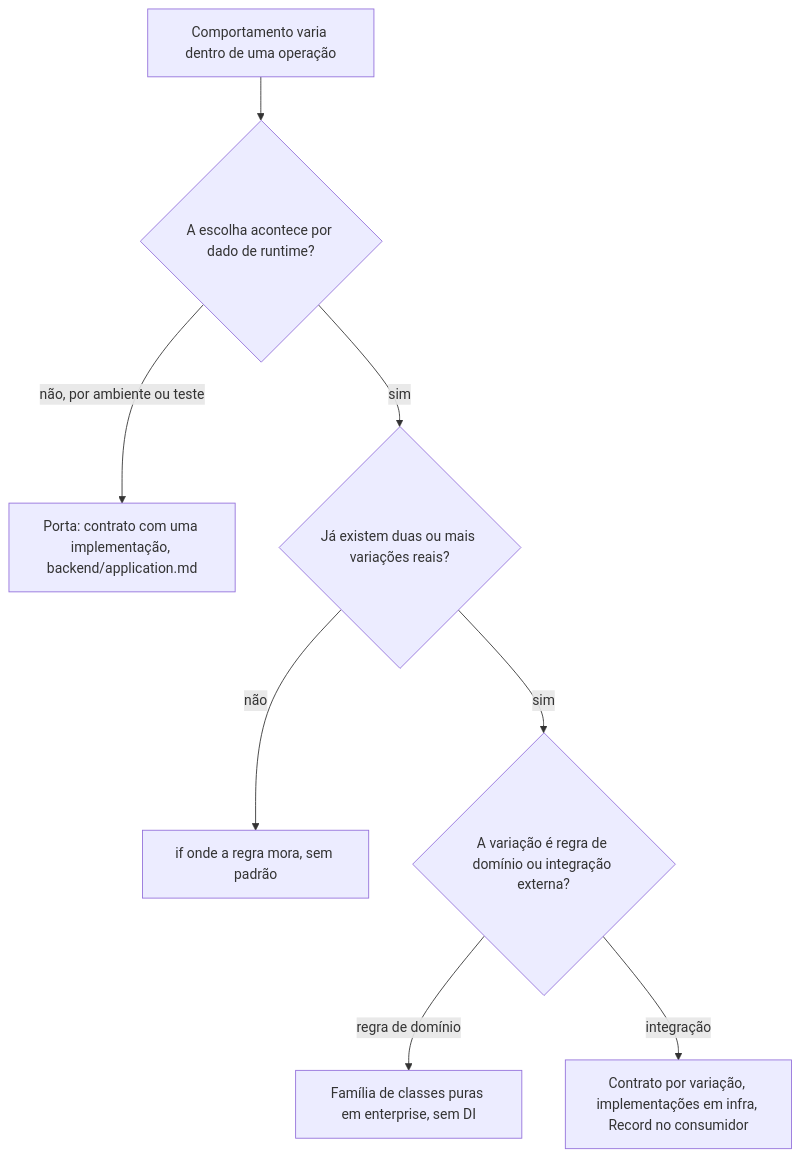
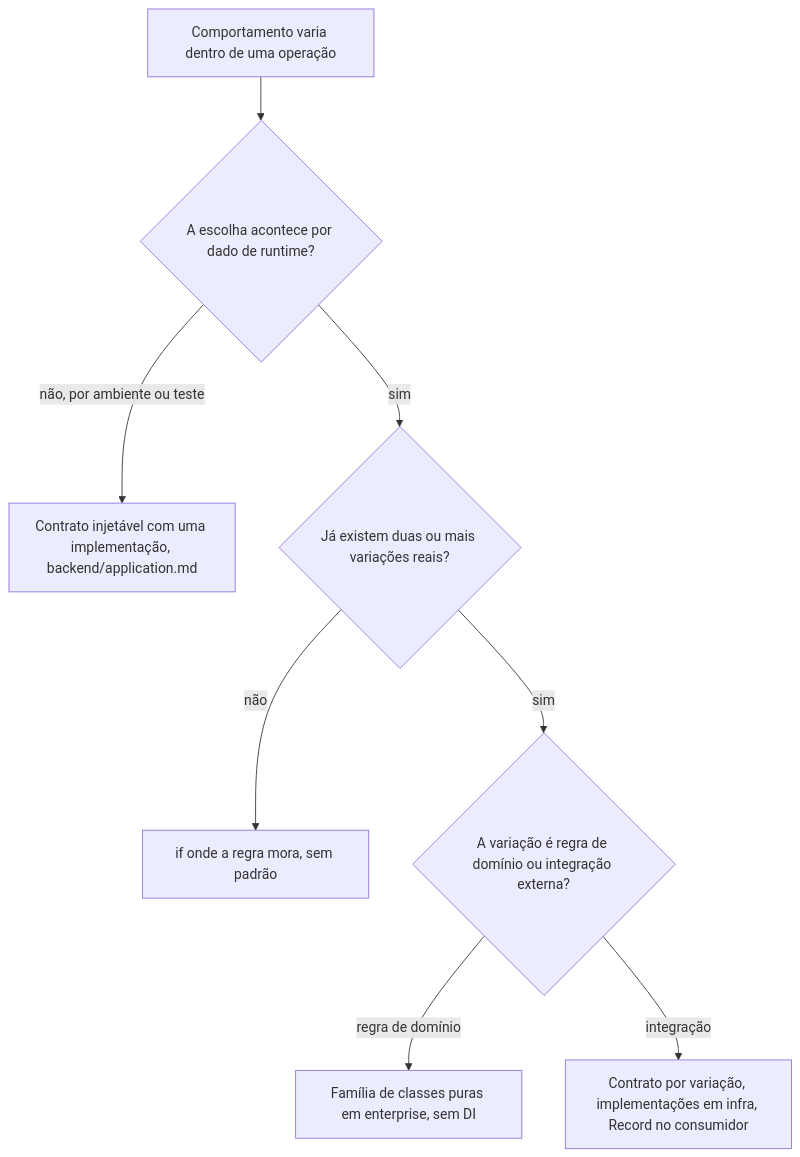
Before and after one commit to otonydesideri/metri: the diagram in architecture/domain/strategy.md, drawn with Mermaid. The commit also changed other lines of this file and 27 other files, not shown here.

````diff
--- a/architecture/domain/strategy.md
+++ b/architecture/domain/strategy.md
@@ -33,10 +33,10 @@
 ```mermaid
 flowchart TD
     start[Comportamento varia dentro de uma operação] --> q1{A escolha acontece por dado de runtime?}
-    q1 -- não, por ambiente ou teste --> port[Porta: contrato com uma implementação, backend/application.md]
+    q1 -- não, por ambiente ou teste --> port[Contrato injetável com uma implementação, backend/application.md]
     q1 -- sim --> q2{Já existem duas ou mais variações reais?}
     q2 -- não --> inline[if onde a regra mora, sem padrão]
     q2 -- sim --> q3{A variação é regra de domínio ou integração externa?}
     q3 -- regra de domínio --> domain[Família de classes puras em enterprise, sem DI]
     q3 -- integração --> infra[Contrato por variação, implementações em infra, Record no consumidor]
 ```
````
